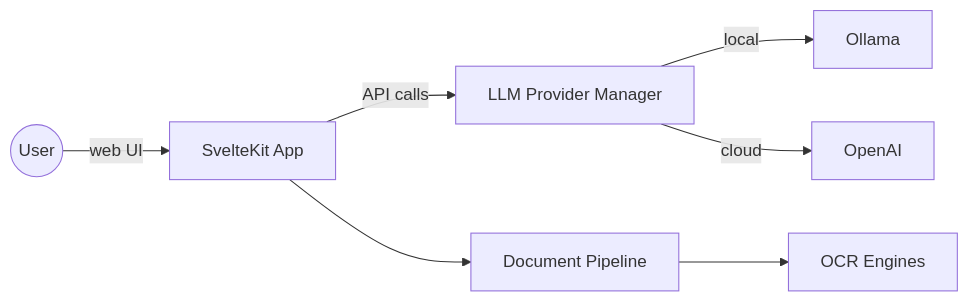
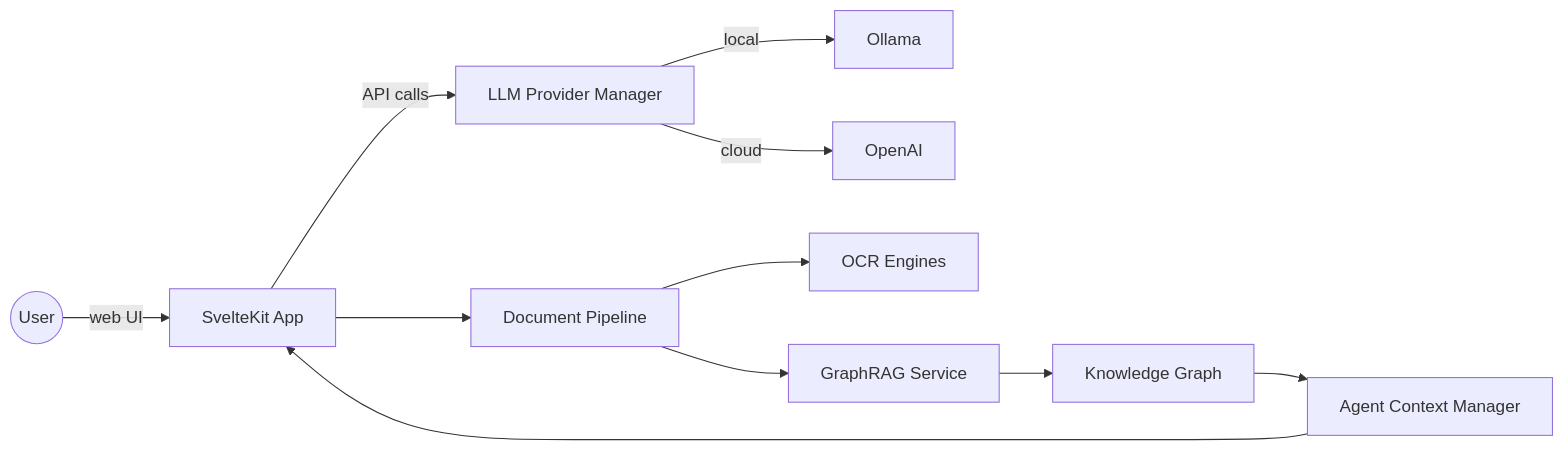
The first of 2 diagrams in README.md (GaikaGroup/CI), drawn with Mermaid before and after one commit. The commit also changed other lines of this file, not shown here.

First line of the commit message:
docs: add comprehensive GraphRAG implementation documentation

````diff
--- a/README.md
+++ b/README.md
@@ -252,9 +331,13 @@
 ```mermaid
 flowchart LR
     user((User)) -->|web UI| svelte[SvelteKit App]
     svelte -->|API calls| provider[LLM Provider Manager]
     provider -->|local| ollama[Ollama]
     provider -->|cloud| openai[OpenAI]
     svelte --> doc[Document Pipeline]
     doc --> ocr[OCR Engines]
+    doc --> graphrag[GraphRAG Service]
+    graphrag --> kg[Knowledge Graph]
+    kg --> agents[Agent Context Manager]
+    agents --> svelte
 ```
````
